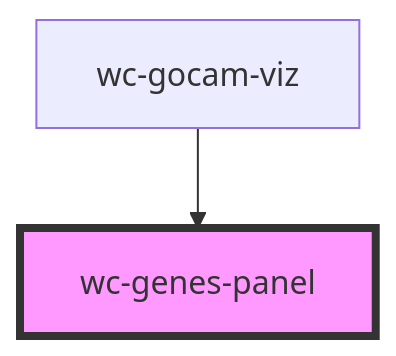
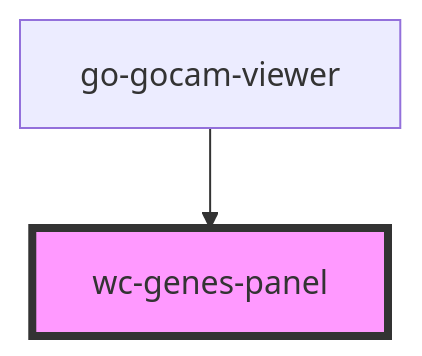
The diagram in src/components/go-gocam-genes-panel/readme.md (geneontology/web-components), drawn with Mermaid before and after one commit. The commit also changed other lines of this file and 10 other files, not shown here.

Commit message:
Rename wc-gocam-viz to go-gocam-viewer

````diff
--- a/src/components/go-gocam-genes-panel/readme.md
+++ b/src/components/go-gocam-genes-panel/readme.md
@@ -100,5 +100,5 @@
 ```mermaid
 graph TD;
-  wc-gocam-viz --> wc-genes-panel
+  go-gocam-viewer --> wc-genes-panel
   style wc-genes-panel fill:#f9f,stroke:#333,stroke-width:4px
 ```
````
